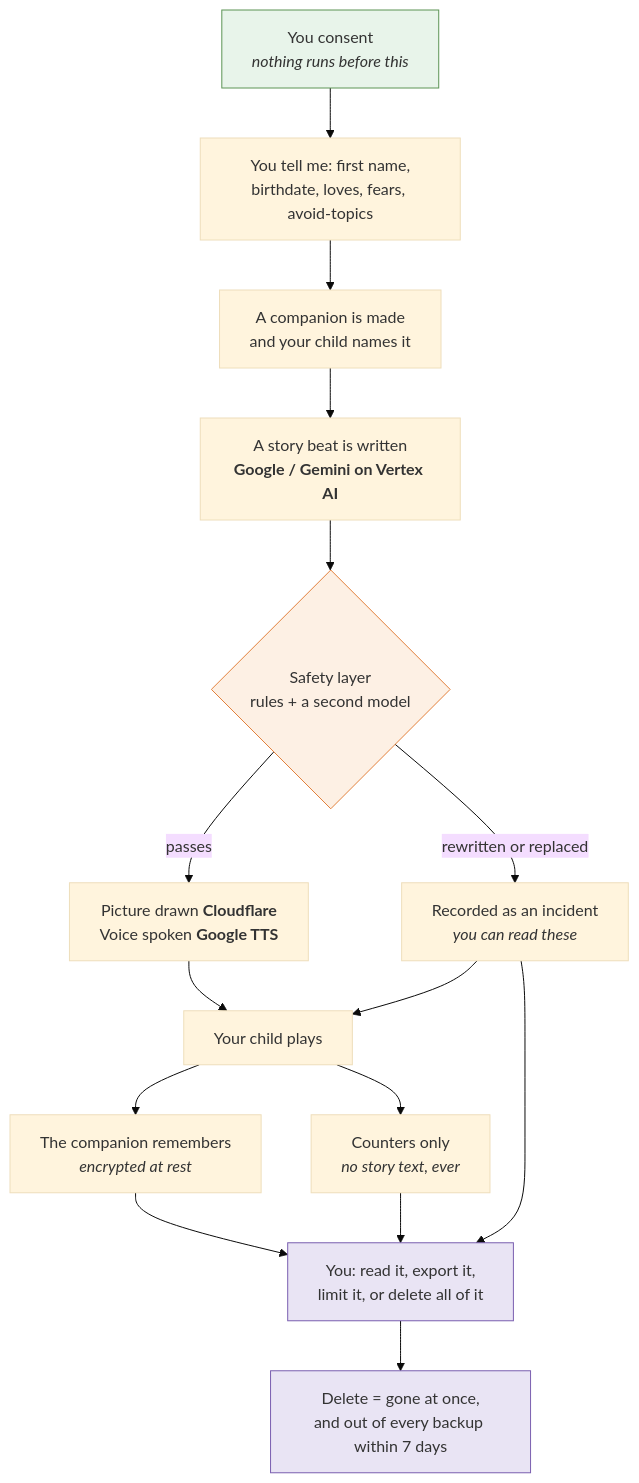
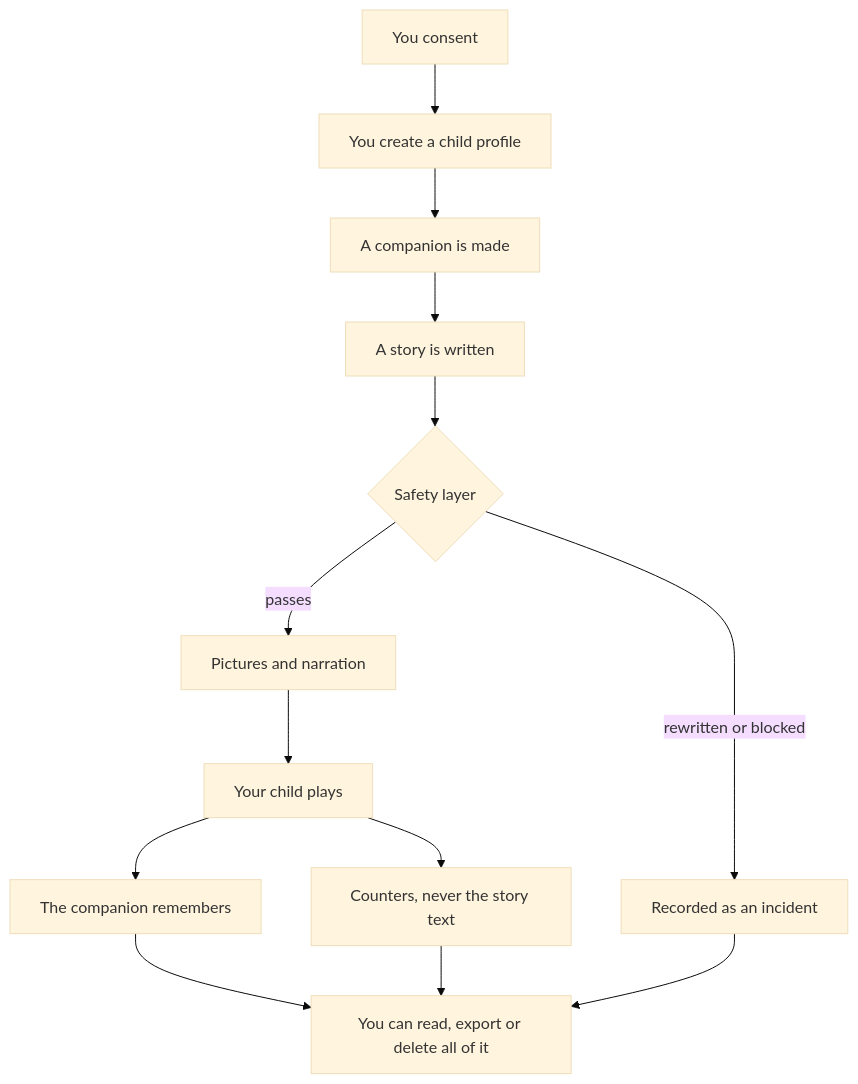
The diagram in Docs/Parent-Data-SOP.md (ullasgowda15/Vidhye-ThePrimer), drawn with Mermaid (base theme) before and after one commit.

Commit message:
Docs: simplify the parent guide's flow diagram
The diagram had grown provider names, italic asides and per-node styling, which
made the one thing it was for — seeing the whole path at a glance — the thing it
was worst at. Back to plain boxes. The providers are named in the table two
sections down, which is where a parent who wants that detail is already looking.

````diff
--- a/Docs/Parent-Data-SOP.md
+++ b/Docs/Parent-Data-SOP.md
@@ -30,22 +30,15 @@
 ```mermaid
 flowchart TD
-    A["You consent<br/><i>nothing runs before this</i>"] --> B["You tell me: first name,<br/>birthdate, loves, fears, avoid-topics"]
-    B --> C["A companion is made<br/>and your child names it"]
-    C --> D["A story beat is written<br/><b>Google / Gemini on Vertex AI</b>"]
-    D --> E{"Safety layer<br/>rules + a second model"}
-    E -->|"passes"| F["Picture drawn <b>Cloudflare</b><br/>Voice spoken <b>Google TTS</b>"]
-    E -->|"rewritten or replaced"| G["Recorded as an incident<br/><i>you can read these</i>"]
-    F --> H["Your child plays"]
-    G --> H
-    H --> I["The companion remembers<br/><i>encrypted at rest</i>"]
-    H --> J["Counters only<br/><i>no story text, ever</i>"]
-    I --> K["You: read it, export it,<br/>limit it, or delete all of it"]
+    A[You consent] --> B[You create a child profile]
+    B --> C[A companion is made]
+    C --> D[A story is written]
+    D --> E{Safety layer}
+    E -->|passes| F[Pictures and narration]
+    E -->|rewritten or blocked| G[Recorded as an incident]
+    F --> H[Your child plays]
+    H --> I[The companion remembers]
+    H --> J[Counters, never the story text]
+    I --> K[You can read, export or delete all of it]
     J --> K
     G --> K
-    K --> L["Delete = gone at once,<br/>and out of every backup within 7 days"]
-
-    style A fill:#e8f4ea,stroke:#5c9455
-    style E fill:#fdf0e4,stroke:#e2803c
-    style K fill:#e9e4f4,stroke:#7a5fb0
-    style L fill:#e9e4f4,stroke:#7a5fb0
 ```
````
